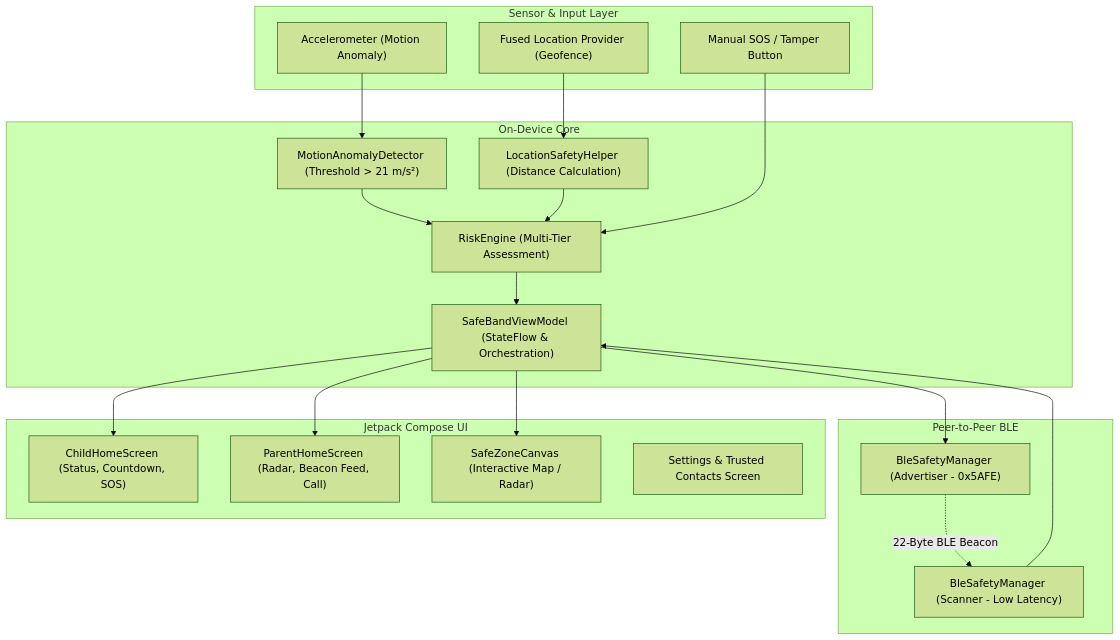
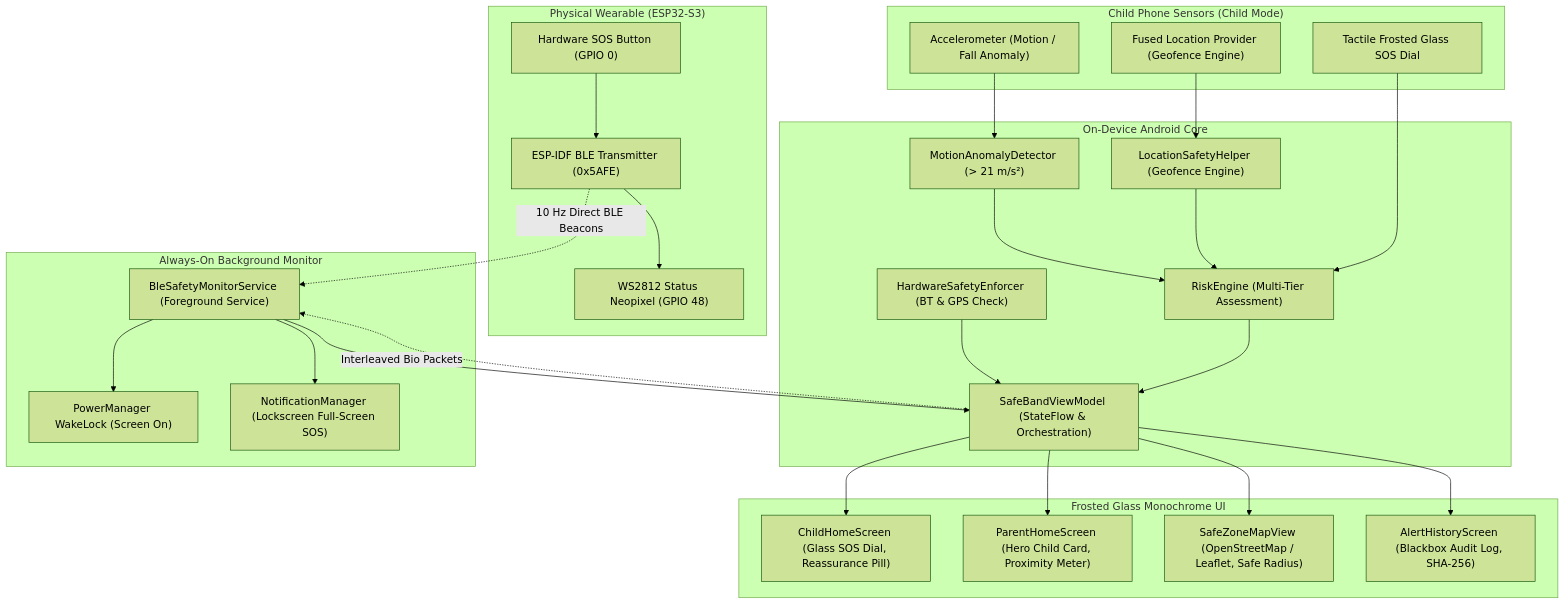
The diagram in README.md (Unknsn/childgaurd), drawn with Mermaid (forest theme) before and after one commit. The commit also changed other lines of this file and 11 other files, not shown here.

Commit message:
feat(release): SafeBand Guardian v3.2.0 - Background emergency alert wake-lock, Bluetooth & Location enforcer, UI congestion fixes, and updated documentation

````diff
--- a/README.md
+++ b/README.md
@@ -41,38 +48,52 @@
 ```mermaid
 graph TD
-    subgraph Sensors ["Sensor & Input Layer"]
-        ACCEL["Accelerometer (Motion Anomaly)"]
-        GPS["Fused Location Provider (Geofence)"]
-        SOS["Manual SOS / Tamper Button"]
+    subgraph Hardware ["Physical Wearable (ESP32-S3)"]
+        ESP_BTN["Hardware SOS Button (GPIO 0)"]
+        ESP_LED["WS2812 Status Neopixel (GPIO 48)"]
+        ESP_BLE["ESP-IDF BLE Transmitter (0x5AFE)"]
+        ESP_BTN --> ESP_BLE
+        ESP_BLE --> ESP_LED
     end
 
-    subgraph CoreEngine ["On-Device Core"]
-        MAD["MotionAnomalyDetector (Threshold > 21 m/s²)"]
-        LSH["LocationSafetyHelper (Distance Calculation)"]
+    subgraph Sensors ["Child Phone Sensors (Child Mode)"]
+        ACCEL["Accelerometer (Motion / Fall Anomaly)"]
+        GPS["Fused Location Provider (Geofence Engine)"]
+        SOS_DIAL["Tactile Frosted Glass SOS Dial"]
+    end
+
+    subgraph CoreEngine ["On-Device Android Core"]
+        MAD["MotionAnomalyDetector (> 21 m/s²)"]
+        LSH["LocationSafetyHelper (Geofence Engine)"]
+        HSE["HardwareSafetyEnforcer (BT & GPS Check)"]
         RE["RiskEngine (Multi-Tier Assessment)"]
         VM["SafeBandViewModel (StateFlow & Orchestration)"]
     end
 
-    subgraph Communication ["Peer-to-Peer BLE"]
-        ADV["BleSafetyManager (Advertiser - 0x5AFE)"]
-        SCAN["BleSafetyManager (Scanner - Low Latency)"]
+    subgraph BackgroundService ["Always-On Background Monitor"]
+        SRV["BleSafetyMonitorService (Foreground Service)"]
+        WAKE["PowerManager WakeLock (Screen On)"]
+        NOTIF["NotificationManager (Lockscreen Full-Screen SOS)"]
+        SRV --> WAKE
+        SRV --> NOTIF
     end
 
-    subgraph UI ["Jetpack Compose UI"]
-        CHILD_UI["ChildHomeScreen (Status, Countdown, SOS)"]
-        PARENT_UI["ParentHomeScreen (Radar, Beacon Feed, Call)"]
-        CANVAS["SafeZoneCanvas (Interactive Map / Radar)"]
-        SETTINGS["Settings & Trusted Contacts Screen"]
+    subgraph UI ["Frosted Glass Monochrome UI"]
+        CHILD_UI["ChildHomeScreen (Glass SOS Dial, Reassurance Pill)"]
+        PARENT_UI["ParentHomeScreen (Hero Child Card, Proximity Meter)"]
+        RADAR_UI["SafeZoneMapView (OpenStreetMap / Leaflet, Safe Radius)"]
+        HISTORY_UI["AlertHistoryScreen (Blackbox Audit Log, SHA-256)"]
     end
 
+    ESP_BLE -. "10 Hz Direct BLE Beacons" .-> SRV
     ACCEL --> MAD --> RE
     GPS --> LSH --> RE
-    SOS --> RE
+    SOS_DIAL --> RE
+    HSE --> VM
     RE --> VM
-    VM --> ADV
-    ADV -. "22-Byte BLE Beacon" .-> SCAN
-    SCAN --> VM
+    VM -. "Interleaved Bio Packets" .-> SRV
+    SRV --> VM
     VM --> CHILD_UI
     VM --> PARENT_UI
-    VM --> CANVAS
+    VM --> RADAR_UI
+    VM --> HISTORY_UI
 ```
````
